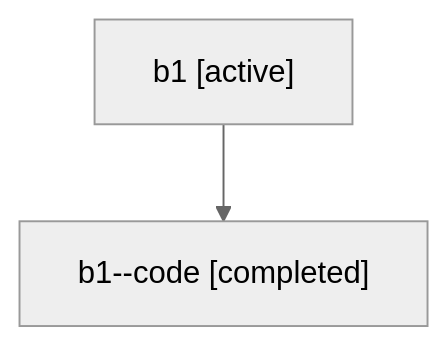
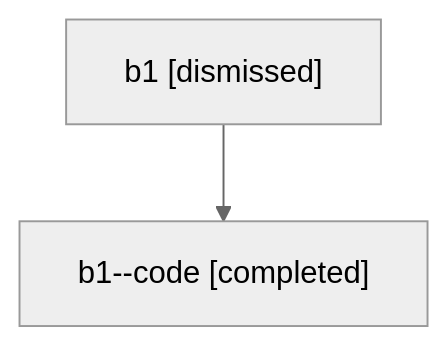
Before and after one commit to sase-org/sase--agents: the diagram in sessions/bbugyi200.athena.b1.md, drawn with Mermaid (neutral theme). The commit also changed other lines of this file and 34 other files, not shown here.

````diff
--- a/sessions/bbugyi200.athena.b1.md
+++ b/sessions/bbugyi200.athena.b1.md
@@ -9,6 +9,6 @@
 ```mermaid
 flowchart TD
-  n0["b1 [active]"]
+  n0["b1 [dismissed]"]
   n1["b1--code [completed]"]
   n0 --> n1
 ```
````
